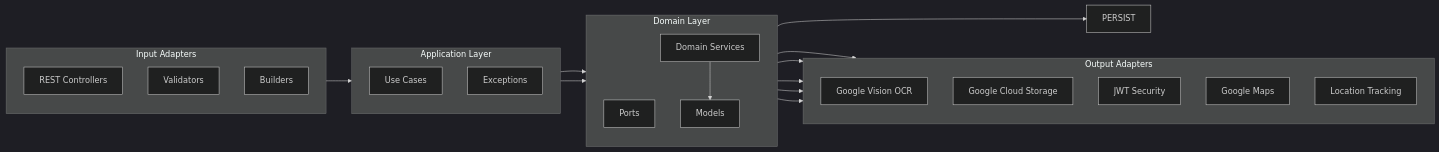
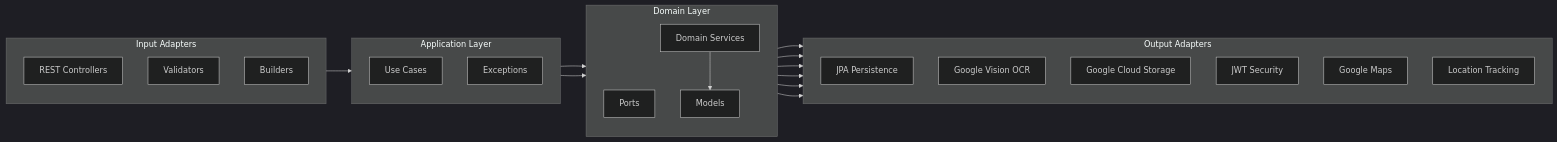
Before and after one commit to fttmatteo/messenger-backend: the fourth of 6 diagrams in README.md, drawn with Mermaid (dark theme). The commit also changed other lines of this file and 1 other file, not shown here.

````diff
--- a/README.md
+++ b/README.md
@@ -333,42 +751,43 @@
 ```mermaid
 graph LR
     subgraph InputAdapters ["Input Adapters"]
         direction TB
         REST[REST Controllers]
         VAL[Validators]
         BUILD[Builders]
     end
 
     subgraph ApplicationLayer ["Application Layer"]
         direction TB
         UC[Use Cases]
         EXC[Exceptions]
     end
 
     subgraph DomainLayer ["Domain Layer"]
         direction TB
         PORTS[Ports]
         SVC[Domain Services]
         MOD[Models]
     end
 
     subgraph OutputAdapters ["Output Adapters"]
         direction TB
+        PERSIST[JPA Persistence]
         OCR[Google Vision OCR]
         STORAGE[Google Cloud Storage]
         SEC[JWT Security]
         MAPS[Google Maps]
         TRACKING[Location Tracking]
     end
 
     REST --> UC
     UC --> PORTS
     PORTS --> PERSIST
     PORTS --> OCR
     PORTS --> STORAGE
     PORTS --> SEC
     PORTS --> MAPS
     PORTS --> TRACKING
     UC --> SVC
     SVC --> MOD
 ```
````
